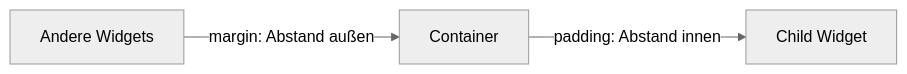
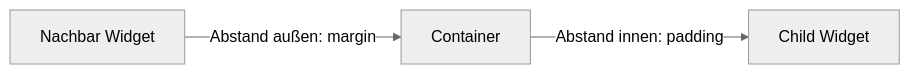
Before and after one commit to Real-Dau/Flutter-lernen: the first of 2 diagrams in 02-container/VISUAL.md, drawn with Mermaid (neutral theme). The commit also changed other lines of this file and 15 other files, not shown here.

````diff
--- a/02-container/VISUAL.md
+++ b/02-container/VISUAL.md
@@ -26,5 +54,5 @@
 ```mermaid
 flowchart LR
-    A[Andere Widgets] -- margin: Abstand außen --> B[Container]
-    B -- padding: Abstand innen --> C[Child Widget]
+    A[Nachbar Widget] -- Abstand außen: margin --> B[Container]
+    B -- Abstand innen: padding --> C[Child Widget]
 ```
````
